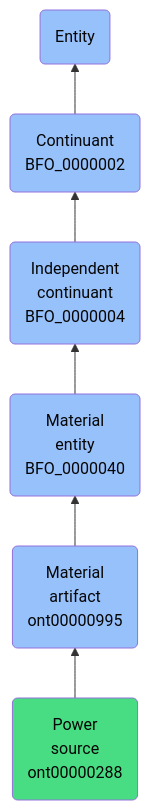
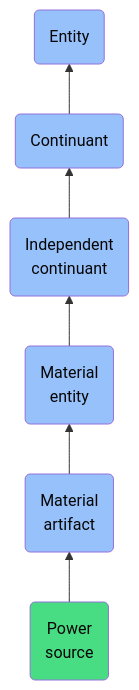
The diagram in docs/ontology/reference/model/Entity/Continuant/Independent continuant/Material entity/Material artifact/Power source/Power source.md (jupyter-naas/abi), drawn with Mermaid before and after one commit. The commit also changed other lines of this file and 1430 other files, not shown here.

````diff
--- a/docs/ontology/reference/model/Entity/Continuant/Independent continuant/Material entity/Material artifact/Power source/Power source.md
+++ b/docs/ontology/reference/model/Entity/Continuant/Independent continuant/Material entity/Material artifact/Power source/Power source.md
@@ -24,13 +24,13 @@
 ```mermaid
 graph BT
-    ont00000288(Power<br>source<br>ont00000288):::ABI-->ont00000995
-    ont00000995(Material<br>artifact<br>ont00000995):::BFO-->BFO_0000040
-    BFO_0000040(Material<br>entity<br>BFO_0000040):::BFO-->BFO_0000004
-    BFO_0000004(Independent<br>continuant<br>BFO_0000004):::BFO-->BFO_0000002
-    BFO_0000002(Continuant<br>BFO_0000002):::BFO-->BFO_0000001
+    ont00000288(Power<br>source):::ABI-->ont00000995
+    ont00000995(Material<br>artifact):::BFO-->BFO_0000040
+    BFO_0000040(Material<br>entity):::BFO-->BFO_0000004
+    BFO_0000004(Independent<br>continuant):::BFO-->BFO_0000002
+    BFO_0000002(Continuant):::BFO-->BFO_0000001
     BFO_0000001(Entity):::BFO
     
     classDef BFO fill:#97c1fb,color:#060606
     classDef CCO fill:#e4c51e,color:#060606
     classDef ABI fill:#48DD82,color:#060606
 ```
````
